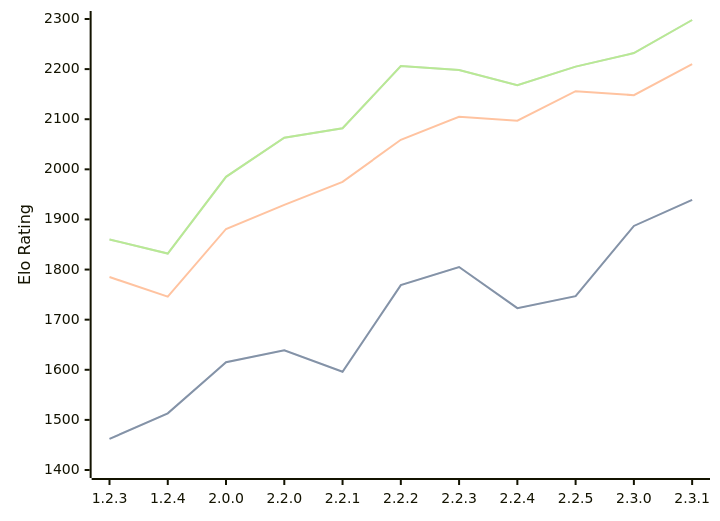
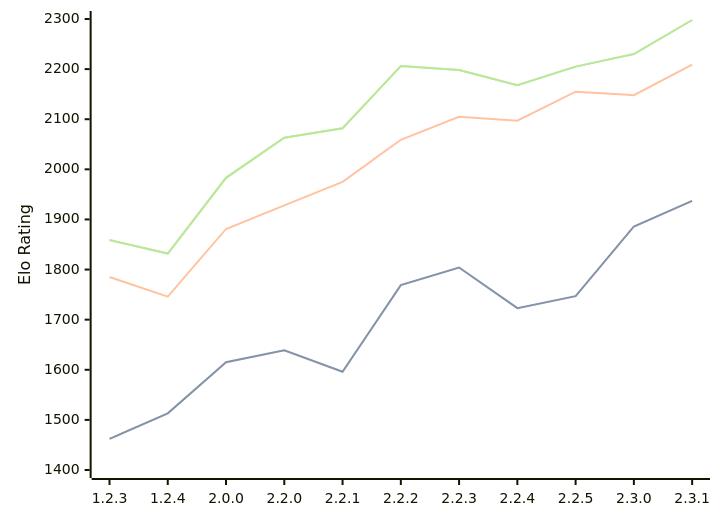
One commit to computer-chess-index/cci changed the diagram in engines/Kreveta.md. Above: the diagram before and after it, drawn with Mermaid. The commit also changed other lines of this file, not shown here.

Commit message:
Update CCI Ratings (ELO VLTC) - 2026-07-27

````diff
--- a/engines/Kreveta.md
+++ b/engines/Kreveta.md
@@ -43,11 +43,11 @@
 ```mermaid
 %%{init: {"theme":"base","themeVariables":{"seriesColors:['#a3a3a3','#222221','#faa371']}}}%%
 xychart-beta
   x-axis ["1.2.3", "1.2.4", "2.0.0", "2.2.0", "2.2.1", "2.2.2", "2.2.3", "2.2.4", "2.2.5", "2.3.0", "2.3.1"]
   y-axis "Elo Rating" 1400 --> 2300
-  line "STC (8.0+0.08s)" [1462, 1513, 1615, 1639, 1596, 1769, 1805, 1723, 1747, 1887, 1939]
-  line "STC (8.0+0.08s)" [1462, 1513, 1615, 1639, 1596, 1769, 1805, 1723, 1747, 1887, 1939]
-  line "LTC (60.0+0.60s)" [1785, 1746, 1881, 1929, 1975, 2059, 2105, 2097, 2156, 2148, 2210]
-  line "VLTC (2m24s+1.12s)" [1860, 1832, 1985, 2063, 2082, 2206, 2198, 2168, 2205, 2232, 2298]
-  line "VLTC (2m24s+1.12s)" [1860, 1832, 1985, 2063, 2082, 2206, 2198, 2168, 2205, 2232, 2298]
+  line "STC (8.0+0.08s)" [1462, 1513, 1615, 1639, 1596, 1769, 1804, 1723, 1747, 1886, 1937]
+  line "STC (8.0+0.08s)" [1462, 1513, 1615, 1639, 1596, 1769, 1804, 1723, 1747, 1886, 1937]
+  line "LTC (60.0+0.60s)" [1785, 1746, 1881, 1928, 1975, 2059, 2105, 2097, 2155, 2148, 2209]
+  line "VLTC (2m24s+1.12s)" [1859, 1832, 1983, 2063, 2082, 2206, 2198, 2168, 2205, 2230, 2298]
+  line "VLTC (2m24s+1.12s)" [1859, 1832, 1983, 2063, 2082, 2206, 2198, 2168, 2205, 2230, 2298]
 ```
````
